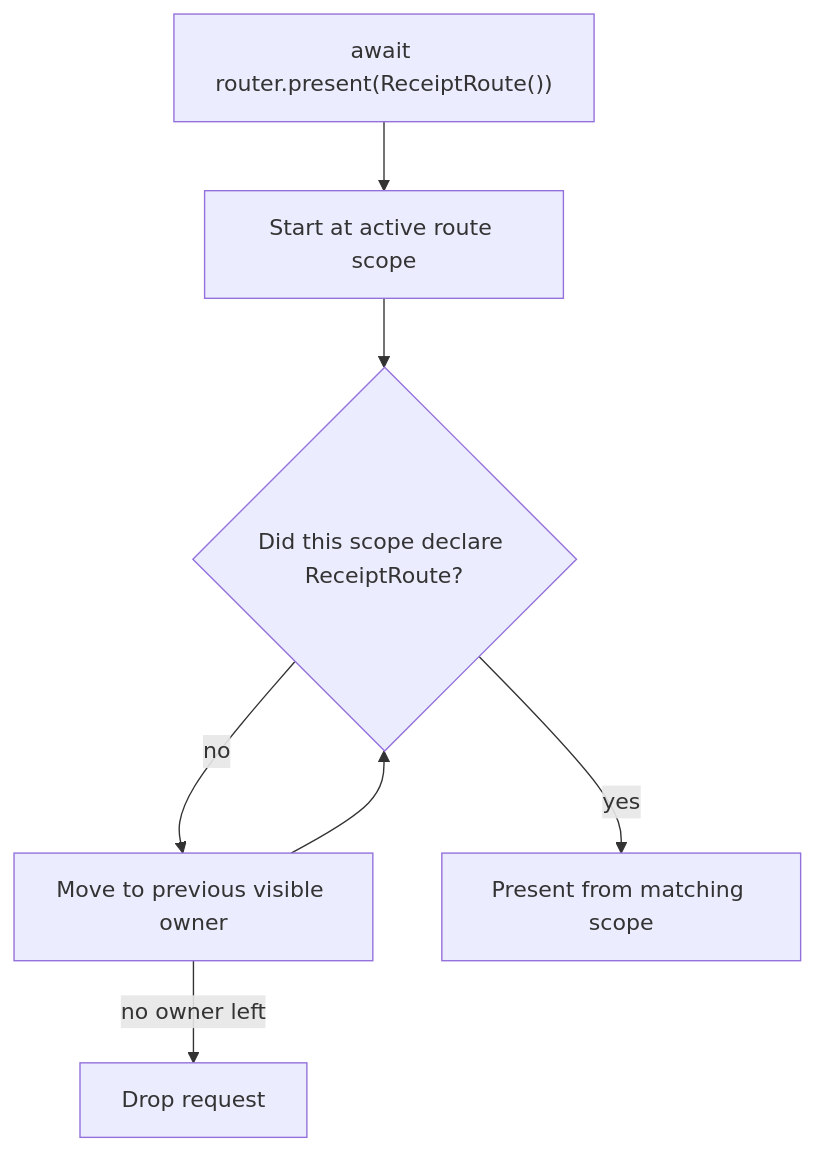
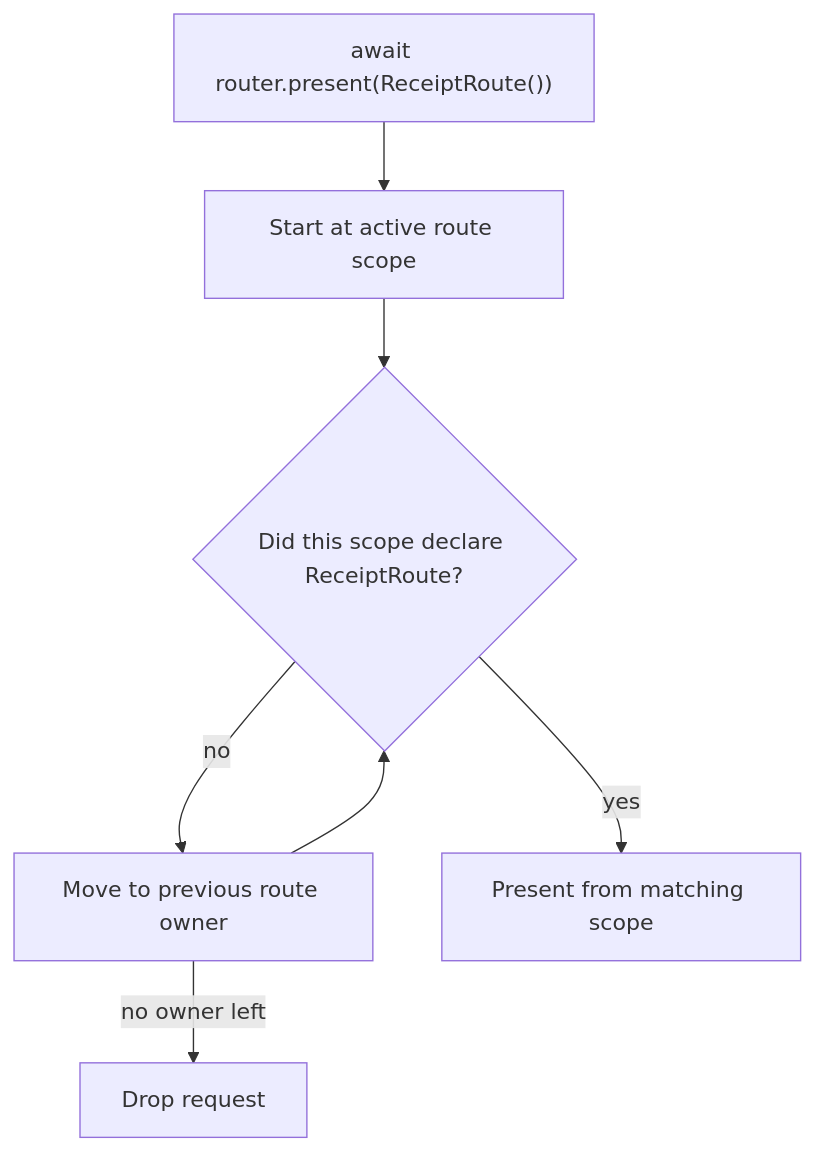
Before and after one commit to mtzaquia/departure: the first of 2 diagrams in README.md, drawn with Mermaid. The commit also changed other lines of this file and 1 other file, not shown here.

Commit message:
update README, add button to present a route from root.

````diff
--- a/README.md
+++ b/README.md
@@ -115,14 +115,14 @@
 ```mermaid
 flowchart TD
     request["await router.present(ReceiptRoute())"]
     active["Start at active route scope"]
     owns{"Did this scope declare ReceiptRoute?"}
-    previous["Move to previous visible owner"]
+    previous["Move to previous route owner"]
     present["Present from matching scope"]
     drop["Drop request"]
 
     request --> active --> owns
     owns -- yes --> present
     owns -- no --> previous --> owns
     previous -- no owner left --> drop
 ```
````
